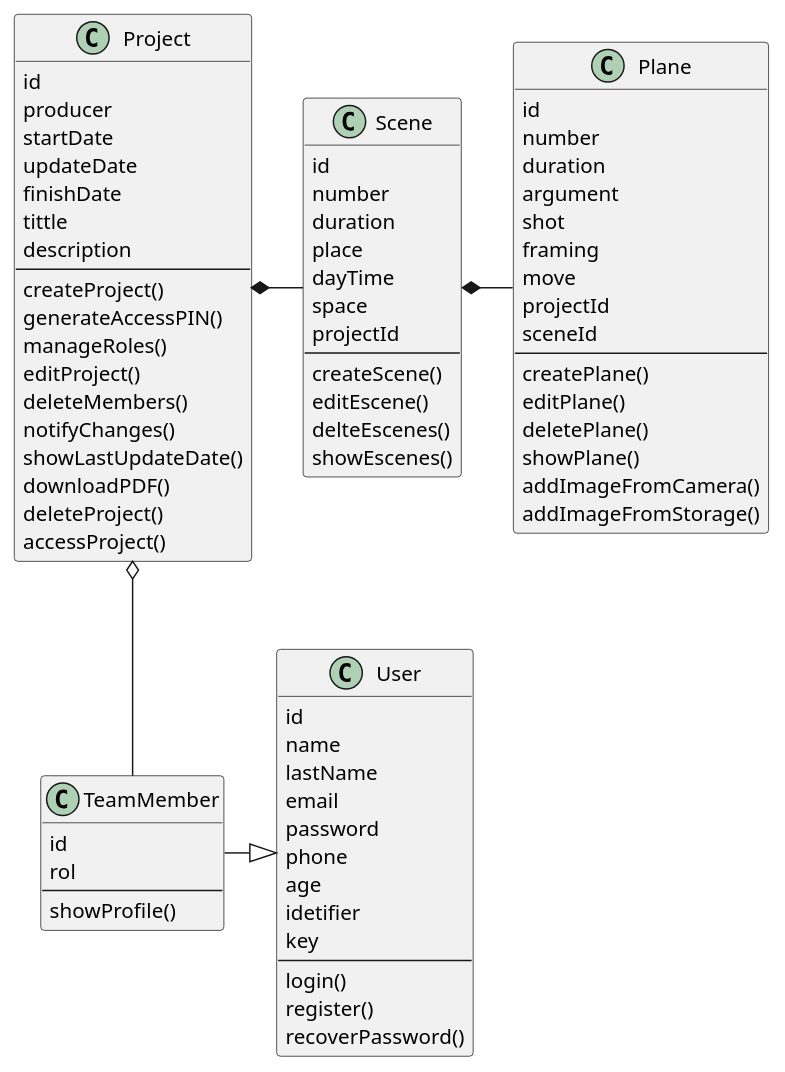
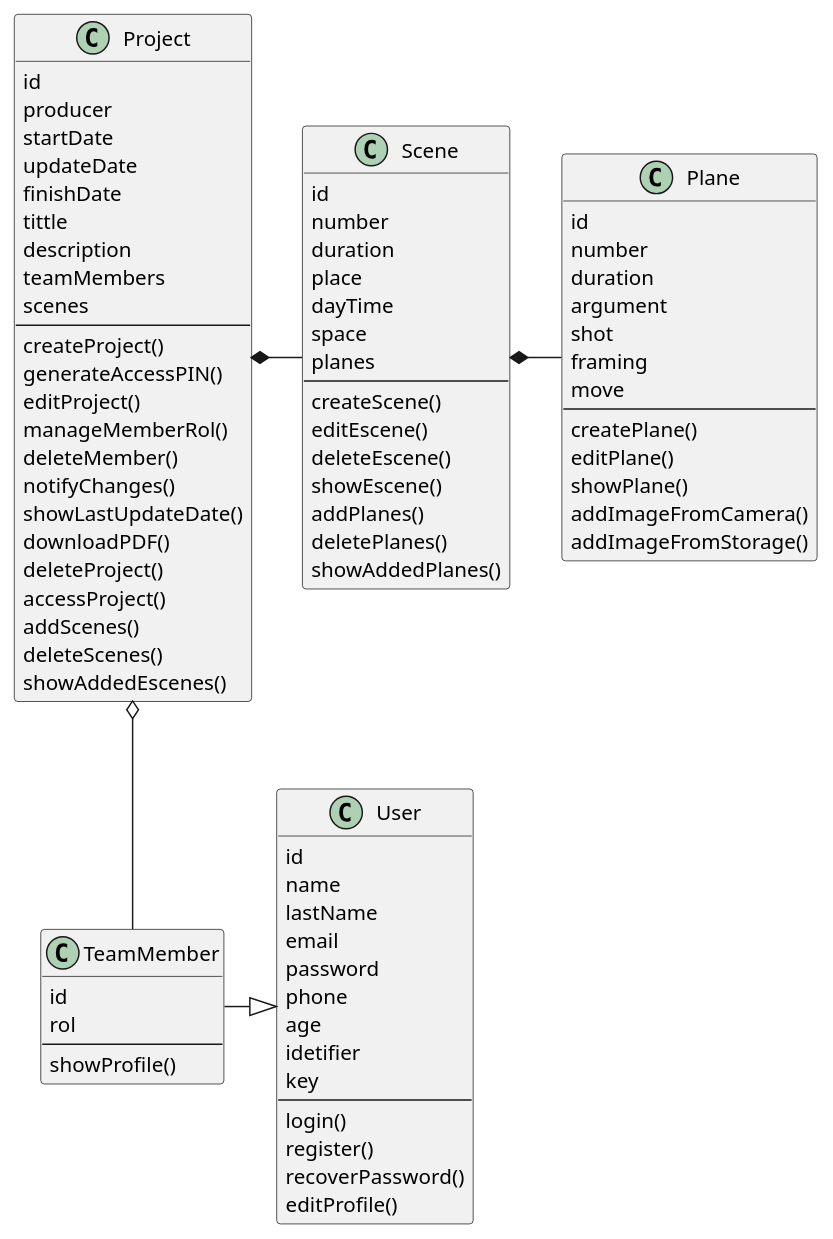
Before and after one commit to Erick-Parrado/Storyboard-Generator-Diagramas: the diagram in dao.puml, drawn with PlantUML. The commit also changed 2 other files, not shown here.

```diff
--- a/dao.puml
+++ b/dao.puml
@@ -1,84 +1,90 @@
 @startuml StoryboarGenerator-DAO
 
 class User{
     id
     name
     lastName
     email
     password
     phone
     age
     idetifier
     key
     ---
     login()
     register()
     recoverPassword()
+    editProfile()
 }
 
 class TeamMember{
     id
     rol
     ---
     showProfile()
 }
 
 class Project{
     id
     producer
     startDate
     updateDate
     finishDate
     tittle
     description
+    teamMembers
+    scenes
     ---
     createProject()
     generateAccessPIN()
-    manageRoles()
     editProject()
-    deleteMembers()
+    manageMemberRol()
+    deleteMember()
     notifyChanges()
     showLastUpdateDate()
     downloadPDF()
     deleteProject()
     accessProject()
+    addScenes()
+    deleteScenes()
+    showAddedEscenes()
 }
 class Scene{
     id
     number
     duration
     place
     dayTime
     space
-    projectId
+    planes
     ---
     createScene()
     editEscene()
-    delteEscenes()
-    showEscenes()
+    deleteEscene()
+    showEscene()
+    addPlanes()
+    deletePlanes()
+    showAddedPlanes()
 }
 class Plane{
     id
     number
     duration
     argument
     shot
     framing
     move
-    projectId
-    sceneId
     ---
     createPlane()
     editPlane()
-    deletePlane()
     showPlane()
     addImageFromCamera()
     addImageFromStorage()
 }
 
 User<|-left-TeamMember
 TeamMember -up-o Project
 Project*-right-Scene
 Scene*-right-Plane
 
 @enduml
```
